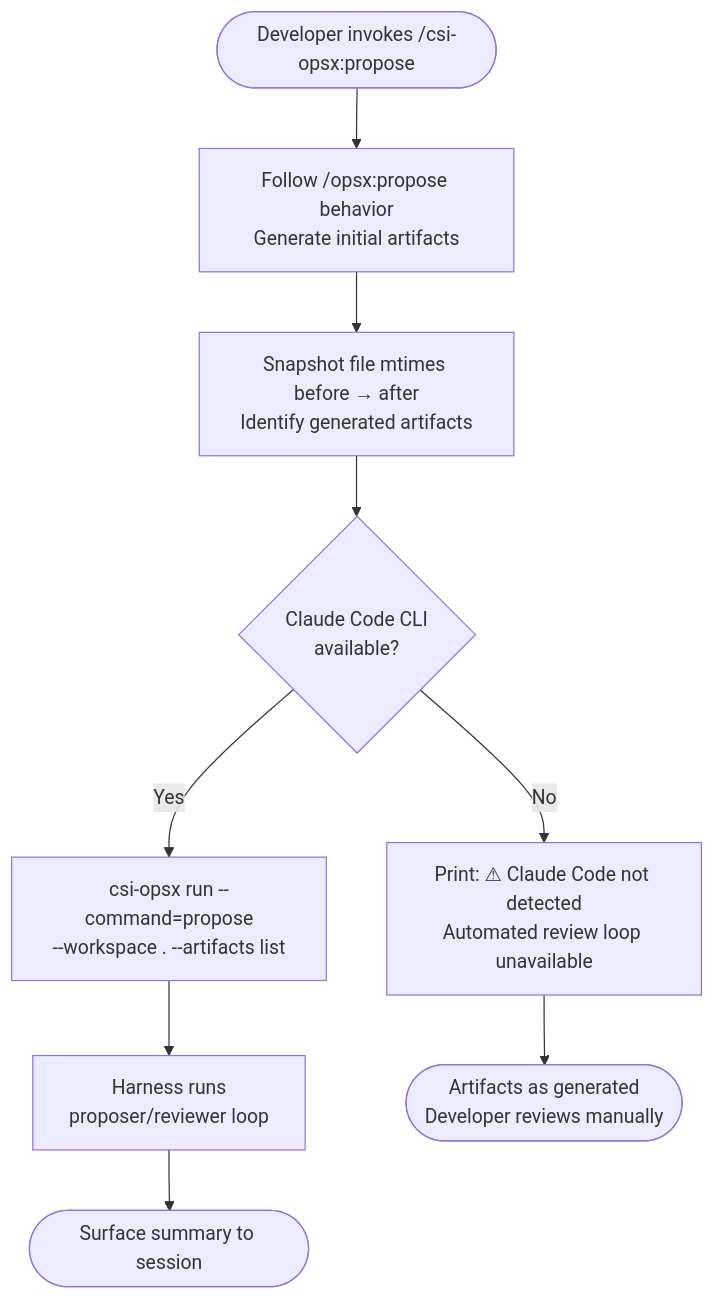
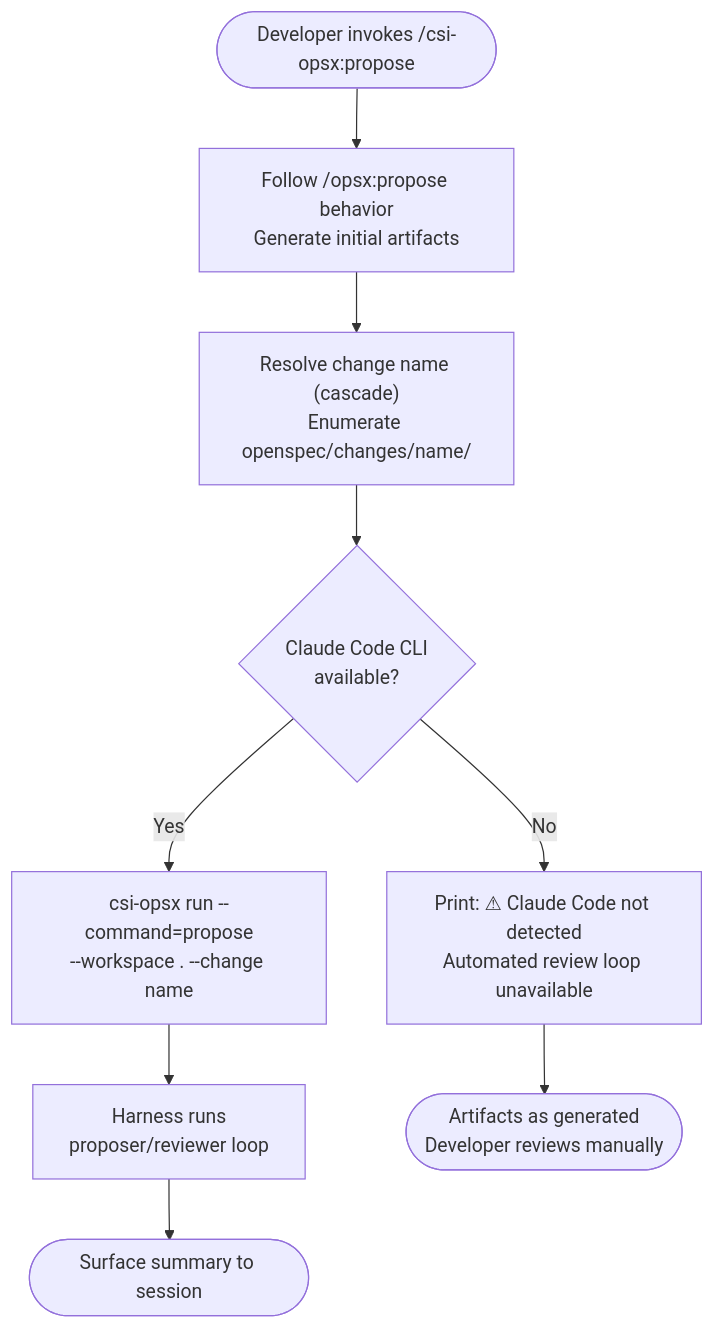
Before and after one commit to raajrr/csi-opsx: the second of 5 diagrams in docs/superpowers/specs/2026-05-18-csi-opsx-design.md, drawn with Mermaid. The commit also changed other lines of this file and 1 other file, not shown here.

Commit message:
Updated design documents after significant reevaluation of agent boundaries, and workspace sandbox.

````diff
--- a/docs/superpowers/specs/2026-05-18-csi-opsx-design.md
+++ b/docs/superpowers/specs/2026-05-18-csi-opsx-design.md
@@ -171,11 +175,11 @@
 ```mermaid
 flowchart TD
     A([Developer invokes /csi-opsx:propose]) --> B[Follow /opsx:propose behavior\nGenerate initial artifacts]
-    B --> C["Snapshot file mtimes before → after\nIdentify generated artifacts"]
+    B --> C["Resolve change name (cascade)\nEnumerate openspec/changes/name/"]
     C --> D{Claude Code CLI\navailable?}
-    D -- Yes --> E["csi-opsx run --command=propose\n--workspace . --artifacts list"]
+    D -- Yes --> E["csi-opsx run --command=propose\n--workspace . --change name"]
     E --> F[Harness runs\nproposer/reviewer loop]
     F --> G([Surface summary to session])
     D -- No --> H["Print: ⚠ Claude Code not detected\nAutomated review loop unavailable"]
     H --> I([Artifacts as generated\nDeveloper reviews manually])
 ```
````
